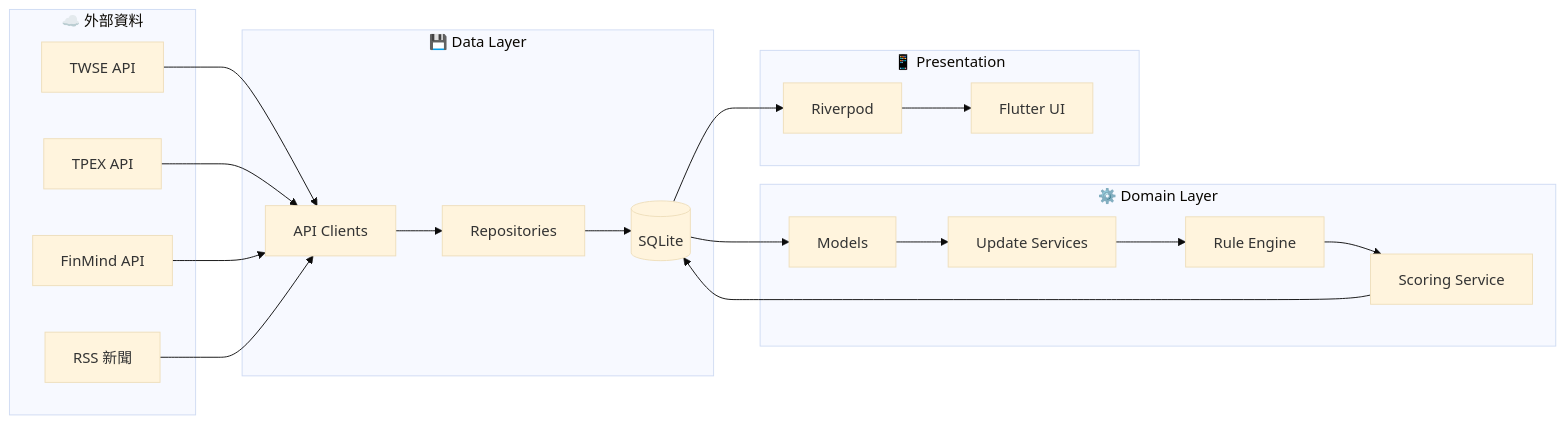
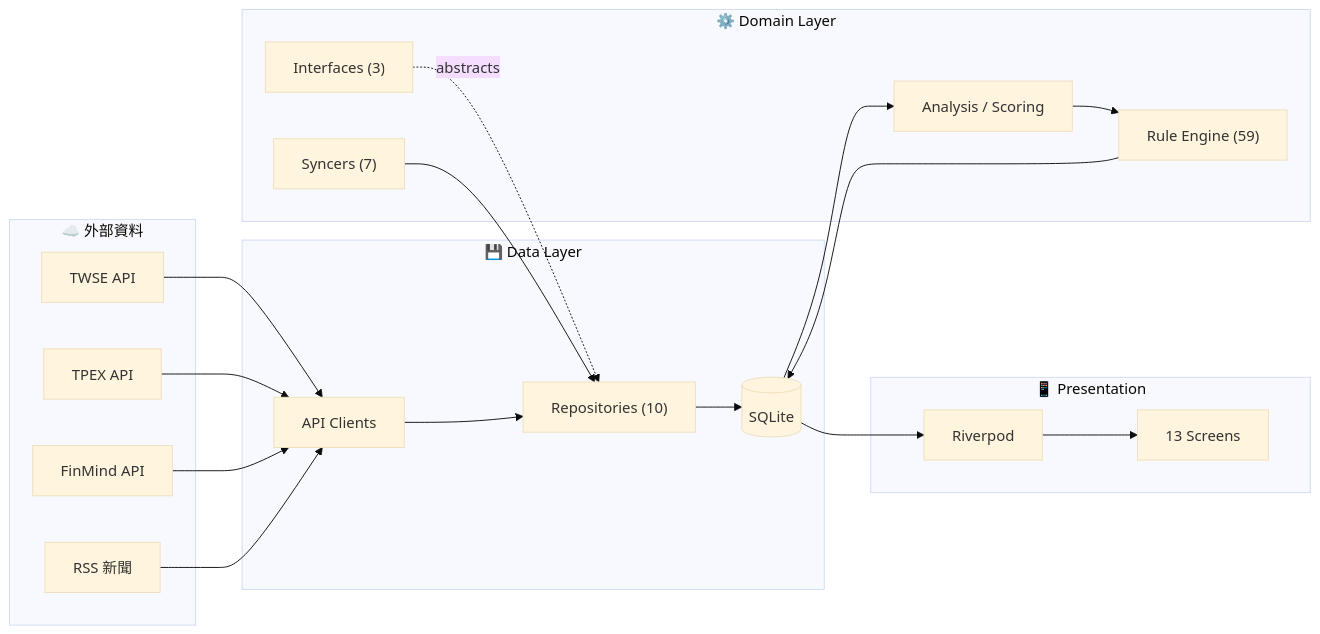
Before and after one commit to Neal75418/afterclose: the first of 2 diagrams in README.md, drawn with Mermaid (base theme). The commit also changed other lines of this file and 2 other files, not shown here.

First line of the commit message:
docs: 更新 CLAUDE.md、README.md、RULE_ENGINE.md 貼近實際代碼

````diff
--- a/README.md
+++ b/README.md
@@ -68,41 +69,35 @@
 ```mermaid
 flowchart LR
     subgraph External["☁️ 外部資料"]
         TWSE["TWSE API"]
         TPEX["TPEX API"]
         FM["FinMind API"]
         RSS["RSS 新聞"]
     end
 
     subgraph Data["💾 Data Layer"]
         Remote["API Clients"]
-        Repo["Repositories"]
+        Repo["Repositories (10)"]
         DB[("SQLite")]
     end
 
     subgraph Domain["⚙️ Domain Layer"]
-        Models["Models"]
-        Update["Update Services"]
-        Rules["Rule Engine"]
-        Scoring["Scoring Service"]
+        IF["Interfaces (3)"]
+        Services["Analysis / Scoring"]
+        Rules["Rule Engine (59)"]
+        Update["Syncers (7)"]
     end
 
     subgraph Presentation["📱 Presentation"]
         Provider["Riverpod"]
-        UI["Flutter UI"]
+        UI["13 Screens"]
     end
 
-    TWSE --> Remote
-    TPEX --> Remote
-    FM --> Remote
-    RSS --> Remote
-    Remote --> Repo
-    Repo --> DB
-    DB --> Models
-    Models --> Update
-    Update --> Rules
-    Rules --> Scoring
-    Scoring --> DB
-    DB --> Provider
-    Provider --> UI
+    TWSE & TPEX & FM & RSS --> Remote
+    Remote --> Repo --> DB
+    IF -.->|abstracts| Repo
+    DB --> Services --> Rules
+    Rules --> DB
+    Update --> Repo
+    DB --> Provider --> UI
 ```
````
